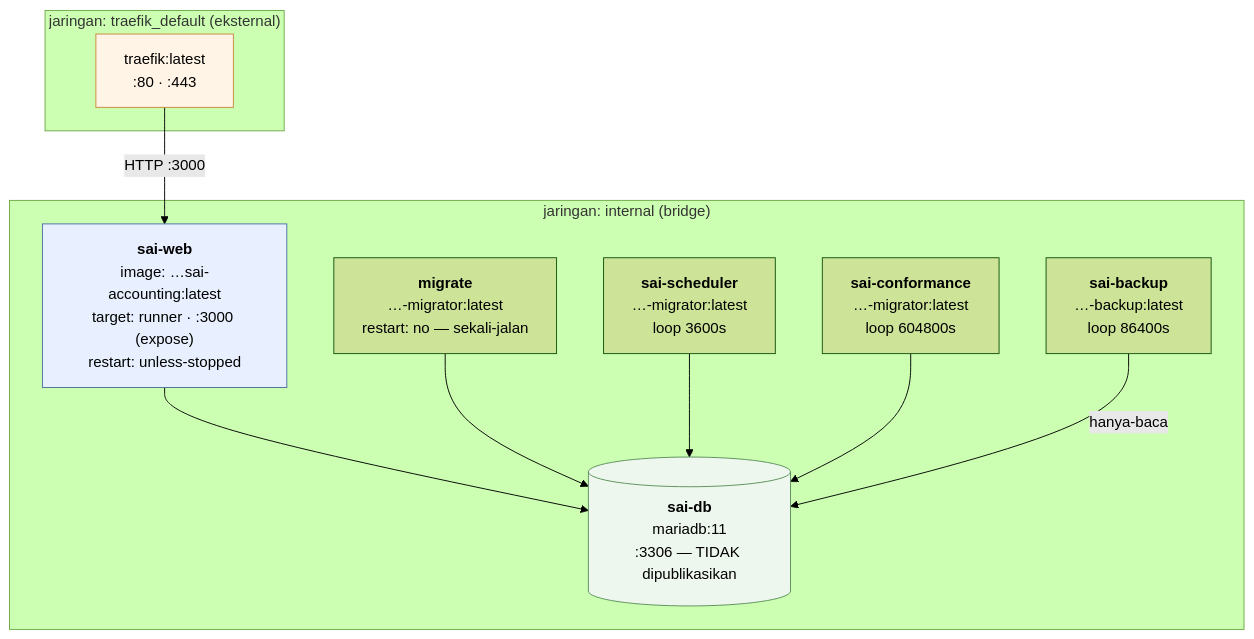
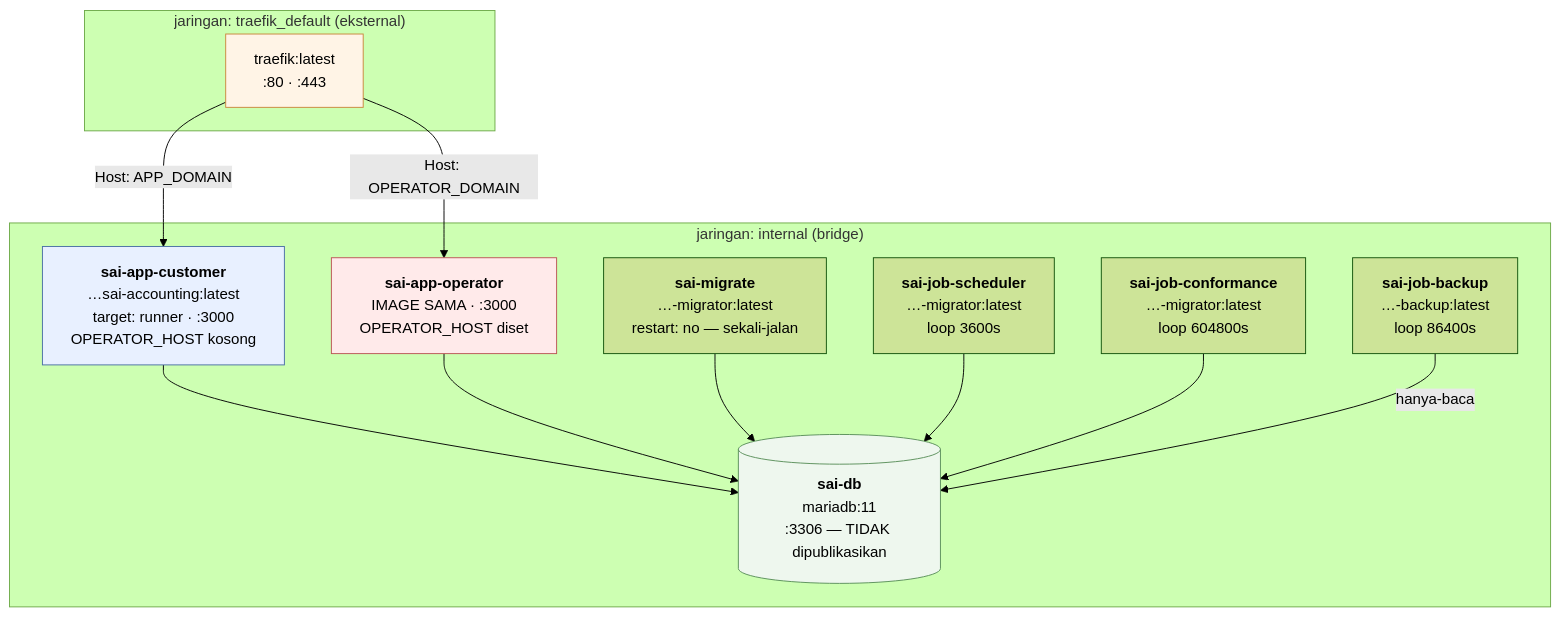
The diagram in docs/arsitektur/03-INVENTARIS-LAYANAN.md (tri-evendi/sai-accounting), drawn with Mermaid (forest theme) before and after one commit. The commit also changed other lines of this file and 18 other files, not shown here.

````diff
--- a/docs/arsitektur/03-INVENTARIS-LAYANAN.md
+++ b/docs/arsitektur/03-INVENTARIS-LAYANAN.md
@@ -73,26 +83,30 @@
 ```mermaid
 graph TB
     subgraph net_traefik["jaringan: traefik_default (eksternal)"]
         TR["traefik:latest<br/>:80 · :443"]
     end
 
     subgraph net_internal["jaringan: internal (bridge)"]
-        WEB["<b>sai-web</b><br/>image: …sai-accounting:latest<br/>target: runner · :3000 (expose)<br/>restart: unless-stopped"]
-        MIG["<b>migrate</b><br/>…-migrator:latest<br/>restart: no — sekali-jalan"]
-        SCH["<b>sai-scheduler</b><br/>…-migrator:latest<br/>loop 3600s"]
-        CON["<b>sai-conformance</b><br/>…-migrator:latest<br/>loop 604800s"]
-        BAK["<b>sai-backup</b><br/>…-backup:latest<br/>loop 86400s"]
+        WEBC["<b>sai-app-customer</b><br/>…sai-accounting:latest<br/>target: runner · :3000<br/>OPERATOR_HOST kosong"]
+        WEBO["<b>sai-app-operator</b><br/>IMAGE SAMA · :3000<br/>OPERATOR_HOST diset"]
+        MIG["<b>sai-migrate</b><br/>…-migrator:latest<br/>restart: no — sekali-jalan"]
+        SCH["<b>sai-job-scheduler</b><br/>…-migrator:latest<br/>loop 3600s"]
+        CON["<b>sai-job-conformance</b><br/>…-migrator:latest<br/>loop 604800s"]
+        BAK["<b>sai-job-backup</b><br/>…-backup:latest<br/>loop 86400s"]
         DB[("<b>sai-db</b><br/>mariadb:11<br/>:3306 — TIDAK dipublikasikan")]
     end
 
-    TR -->|"HTTP :3000"| WEB
-    WEB --> DB
+    TR -->|"Host: APP_DOMAIN"| WEBC
+    TR -->|"Host: OPERATOR_DOMAIN"| WEBO
+    WEBC --> DB
+    WEBO --> DB
     MIG --> DB
     SCH --> DB
     CON --> DB
     BAK -->|hanya-baca| DB
 
     style TR fill:#fff4e6,stroke:#c9873d
-    style WEB fill:#e8f0ff,stroke:#4a6fa5
+    style WEBC fill:#e8f0ff,stroke:#4a6fa5
+    style WEBO fill:#ffeaea,stroke:#b55
     style DB fill:#eef7ee,stroke:#5a8f5a
 ```
````
